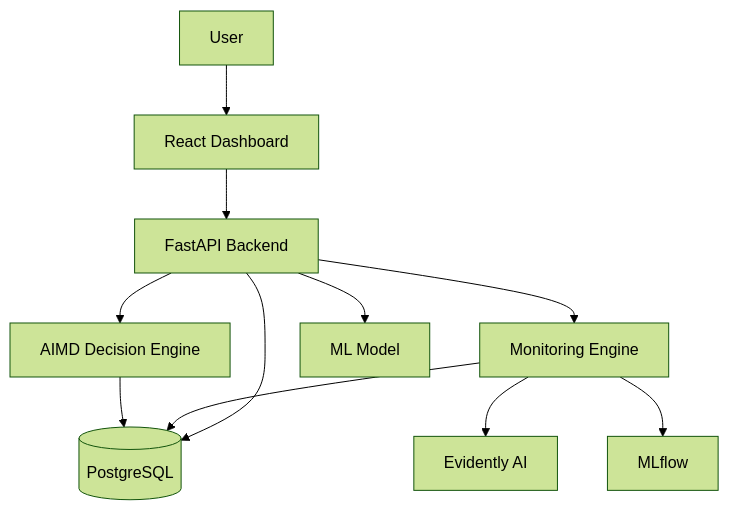
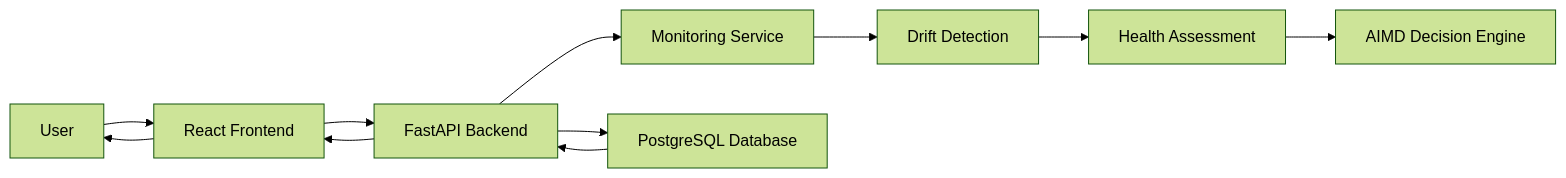
The first of 5 diagrams in docs/03-architecture.md (shailendrasinghrathore369/PhoenixML), drawn with Mermaid (forest theme) before and after one commit. The commit also changed other lines of this file and 6 other files, not shown here.

````diff
--- a/docs/03-architecture.md
+++ b/docs/03-architecture.md
@@ -32,41 +126,39 @@
 ```mermaid
-flowchart TD
+flowchart LR
 
-User[User]
+User["User"]
 
-Frontend[React Dashboard]
+Frontend["React Frontend"]
 
-Backend[FastAPI Backend]
+Backend["FastAPI Backend"]
 
-AIMD[AIMD Decision Engine]
+Monitoring["Monitoring Service"]
 
-Monitor[Monitoring Engine]
+Drift["Drift Detection"]
 
-MLflow[MLflow]
+Health["Health Assessment"]
 
-Evidently[Evidently AI]
+AIMD["AIMD Decision Engine"]
 
-Database[(PostgreSQL)]
-
-Model[ML Model]
+Database["PostgreSQL Database"]
 
 User --> Frontend
 
 Frontend --> Backend
 
-Backend --> AIMD
+Backend --> Monitoring
 
-Backend --> Monitor
+Monitoring --> Drift
 
-Monitor --> Evidently
+Drift --> Health
 
-Monitor --> MLflow
-
-AIMD --> Database
-
-Monitor --> Database
+Health --> AIMD
 
 Backend --> Database
 
-Backend --> Model
+Database --> Backend
+
+Backend --> Frontend
+
+Frontend --> User
 ```
````
